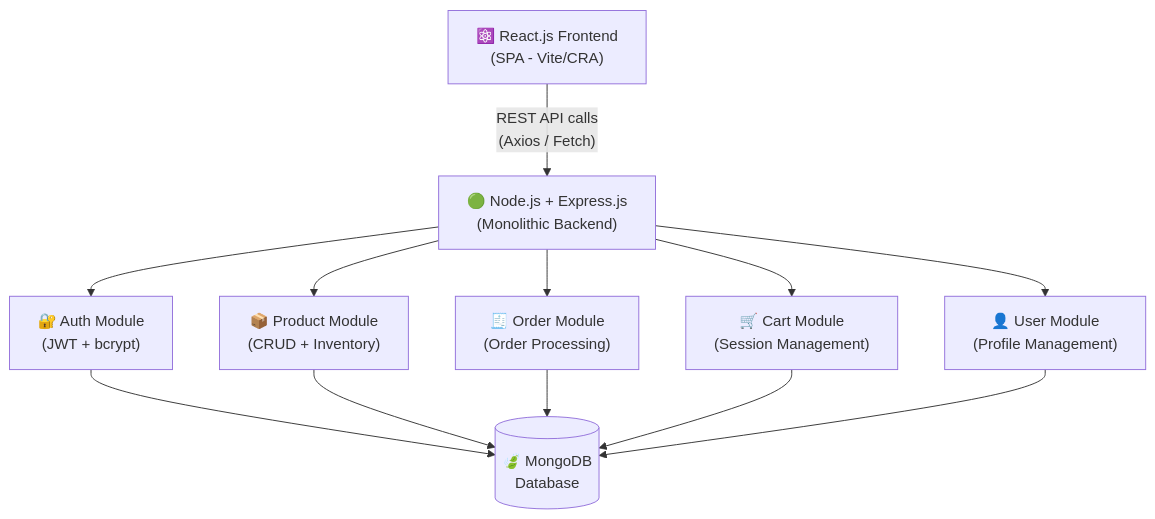
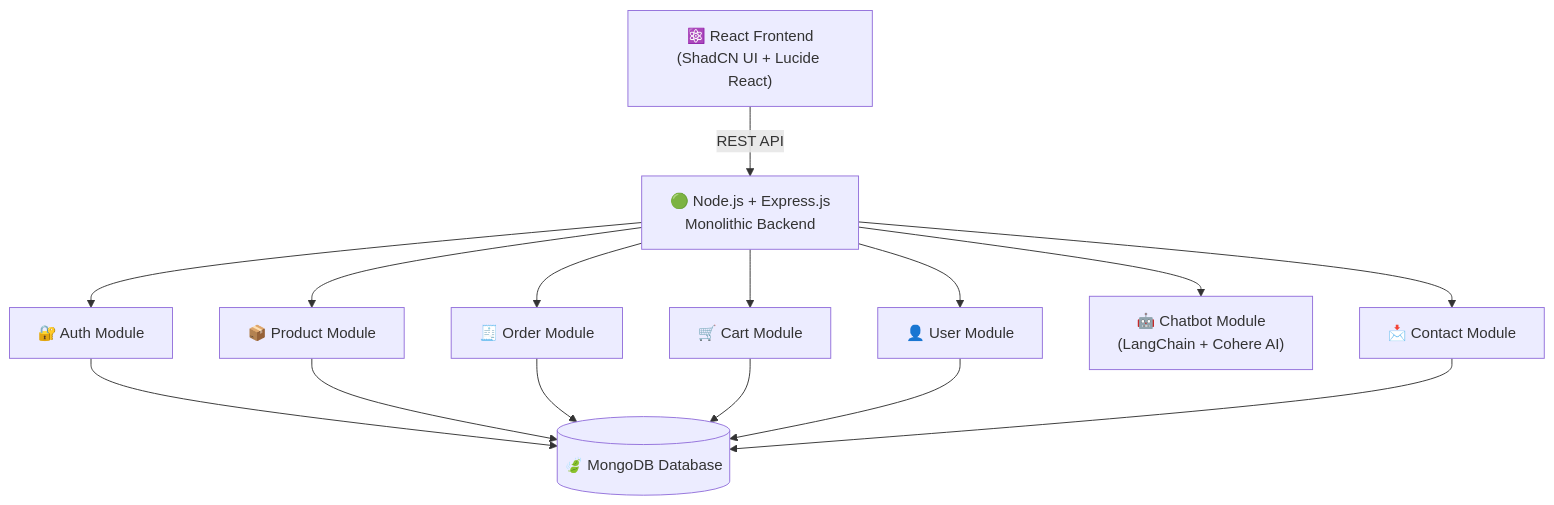
Before and after one commit to biplab-430/MERN-Ecomerce: the first of 4 diagrams in README.md, drawn with Mermaid. The commit also changed other lines of this file, not shown here.

````diff
--- a/README.md
+++ b/README.md
@@ -28,26 +27,31 @@
 ```mermaid
 graph TD
-    Client["⚛️ React.js Frontend\n(SPA - Vite/CRA)"]
-    Server["🟢 Node.js + Express.js\n(Monolithic Backend)"]
-    
-    AuthModule["🔐 Auth Module\n(JWT + bcrypt)"]
-    ProductModule["📦 Product Module\n(CRUD + Inventory)"]
-    OrderModule["🧾 Order Module\n(Order Processing)"]
-    CartModule["🛒 Cart Module\n(Session Management)"]
-    UserModule["👤 User Module\n(Profile Management)"]
+    Client["⚛️ React Frontend\n(ShadCN UI + Lucide React)"]
+    Server["🟢 Node.js + Express.js\nMonolithic Backend"]
 
-    MongoDB[("🍃 MongoDB\nDatabase")]
+    AuthMod["🔐 Auth Module"]
+    ProductMod["📦 Product Module"]
+    OrderMod["🧾 Order Module"]
+    CartMod["🛒 Cart Module"]
+    UserMod["👤 User Module"]
+    ChatMod["🤖 Chatbot Module\n(LangChain + Cohere AI)"]
+    ContactMod["📩 Contact Module"]
 
-    Client -->|"REST API calls\n(Axios / Fetch)"| Server
-    Server --> AuthModule
-    Server --> ProductModule
-    Server --> OrderModule
-    Server --> CartModule
-    Server --> UserModule
+    MongoDB[("🍃 MongoDB Database")]
 
-    AuthModule --> MongoDB
-    ProductModule --> MongoDB
-    OrderModule --> MongoDB
-    CartModule --> MongoDB
-    UserModule --> MongoDB
+    Client -->|"REST API"| Server
+    Server --> AuthMod
+    Server --> ProductMod
+    Server --> OrderMod
+    Server --> CartMod
+    Server --> UserMod
+    Server --> ChatMod
+    Server --> ContactMod
+
+    AuthMod --> MongoDB
+    ProductMod --> MongoDB
+    OrderMod --> MongoDB
+    CartMod --> MongoDB
+    UserMod --> MongoDB
+    ContactMod --> MongoDB
 ```
````
